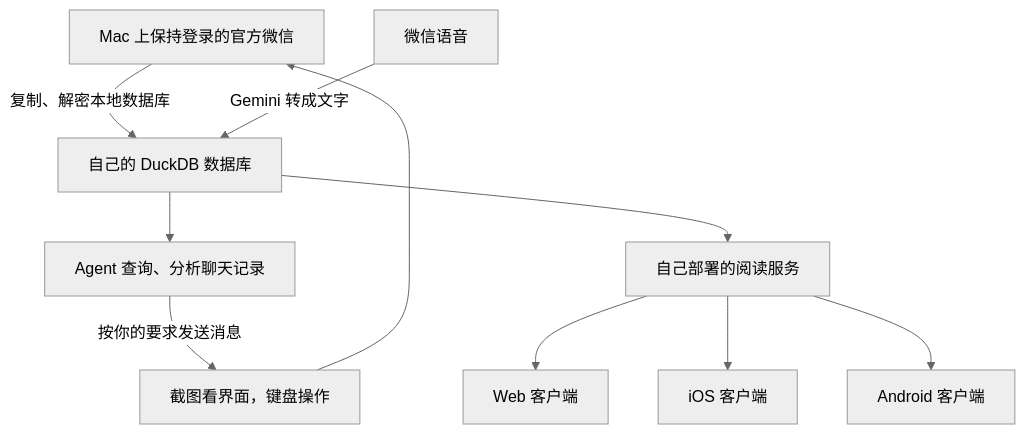
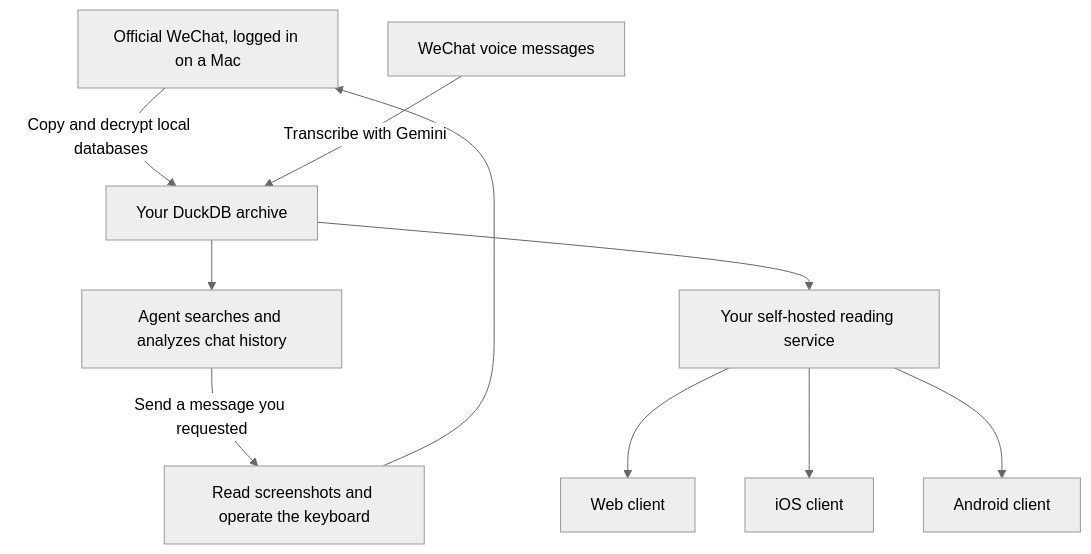
One commit to lixianglong1205/wechat-agent changed the diagram in README.md. Above: the diagram before and after it, drawn with Mermaid (neutral theme). The commit also changed other lines of this file and 2 other files, not shown here.

````diff
--- a/README.md
+++ b/README.md
@@ -35,12 +37,12 @@
 ```mermaid
 flowchart TD
-    W["Mac 上保持登录的官方微信"] -->|"复制、解密本地数据库"| D["自己的 DuckDB 数据库"]
-    V["微信语音"] -->|"Gemini 转成文字"| D
-    D --> A["Agent 查询、分析聊天记录"]
-    D --> S["自己部署的阅读服务"]
-    S --> WEB["Web 客户端"]
-    S --> IOS["iOS 客户端"]
-    S --> ANDROID["Android 客户端"]
-    A -->|"按你的要求发送消息"| U["截图看界面，键盘操作"]
+    W["Official WeChat, logged in on a Mac"] -->|"Copy and decrypt local databases"| D["Your DuckDB archive"]
+    V["WeChat voice messages"] -->|"Transcribe with Gemini"| D
+    D --> A["Agent searches and analyzes chat history"]
+    D --> S["Your self-hosted reading service"]
+    S --> WEB["Web client"]
+    S --> IOS["iOS client"]
+    S --> ANDROID["Android client"]
+    A -->|"Send a message you requested"| U["Read screenshots and operate the keyboard"]
     U --> W
 ```
````
